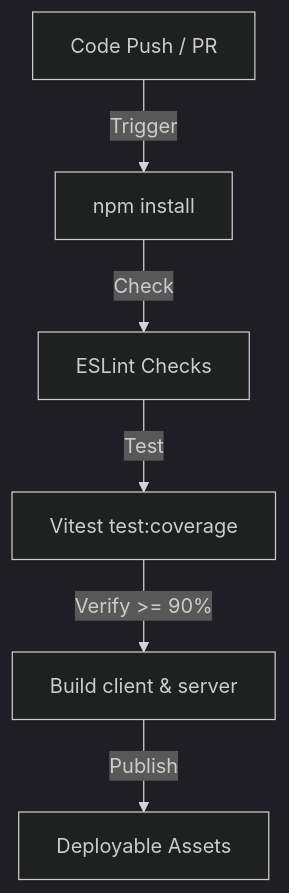
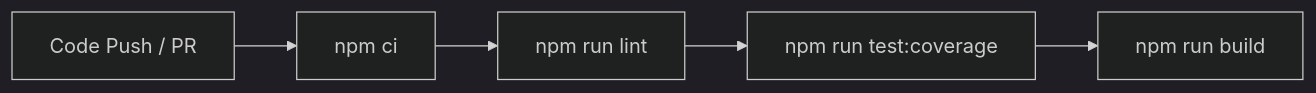
Before and after one commit to aqib85385-svg/ecotrack: the third of 3 diagrams in README.md, drawn with Mermaid (dark theme). The commit also changed other lines of this file and 28 other files, not shown here.

````diff
--- a/README.md
+++ b/README.md
@@ -107,8 +131,7 @@
 ```mermaid
-graph TD
-    Push[Code Push / PR] -->|Trigger| Install[npm install]
-    Install -->|Check| Lint[ESLint Checks]
-    Lint -->|Test| Vitest[Vitest test:coverage]
-    Vitest -->|Verify >= 90%| Build[Build client & server]
-    Build -->|Publish| Deploy[Deployable Assets]
+graph LR
+    Push[Code Push / PR] --> Install[npm ci]
+    Install --> Lint[npm run lint]
+    Lint --> Test[npm run test:coverage]
+    Test --> Build[npm run build]
 ```
````
